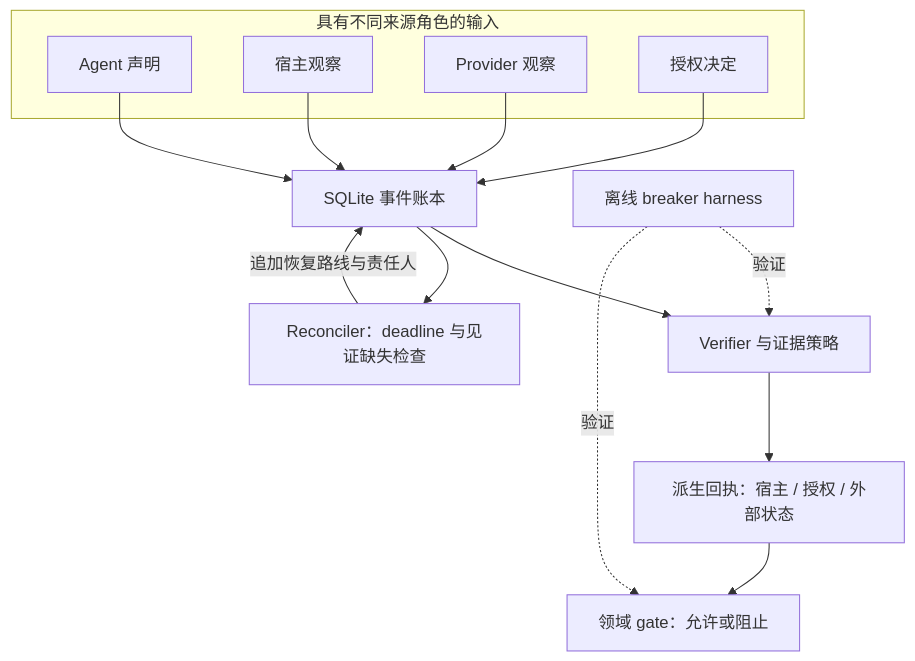
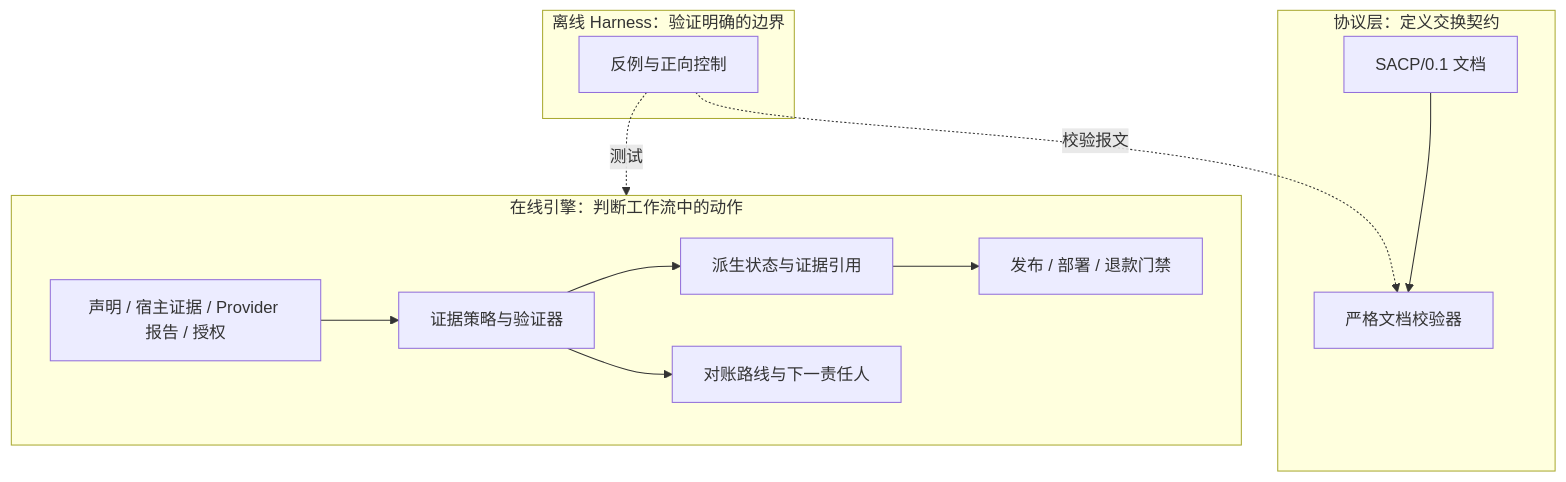
Before and after one commit to aDragon0707/sacp: the diagram in README.zh-CN.md, drawn with Mermaid. The commit also changed other lines of this file and 1 other file, not shown here.

Commit message:
docs: guide README readers from use case to architecture (#23)

````diff
--- a/README.zh-CN.md
+++ b/README.zh-CN.md
@@ -61,20 +69,17 @@
 ```mermaid
 flowchart TB
-    subgraph Inputs[具有不同来源角色的输入]
-        C[Agent 声明]
-        H[宿主观察]
-        P[Provider 观察]
-        A[授权决定]
+    subgraph Protocol[协议层：定义交换契约]
+        Spec[SACP/0.1 文档] --> Validator[严格文档校验器]
     end
-    C --> S[SQLite 事件账本]
-    H --> S
-    P --> S
-    A --> S
-    S --> V[Verifier 与证据策略]
-    V --> R[派生回执：宿主 / 授权 / 外部状态]
-    R --> G[领域 gate：允许或阻止]
-    S --> Q[Reconciler：deadline 与见证缺失检查]
-    Q -->|追加恢复路线与责任人| S
-    T[离线 breaker harness] -. 验证 .-> V
-    T -. 验证 .-> G
+    subgraph Online[在线引擎：判断工作流中的动作]
+        Inputs[声明 / 宿主证据 / Provider 报告 / 授权] --> Verify[证据策略与验证器]
+        Verify --> Verdict[派生状态与证据引用]
+        Verdict --> Gate[发布 / 部署 / 退款门禁]
+        Verify --> Recovery[对账路线与下一责任人]
+    end
+    subgraph Offline[离线 Harness：验证明确的边界]
+        Cases[反例与正向控制]
+    end
+    Cases -. 测试 .-> Online
+    Cases -. 校验报文 .-> Validator
 ```
````
